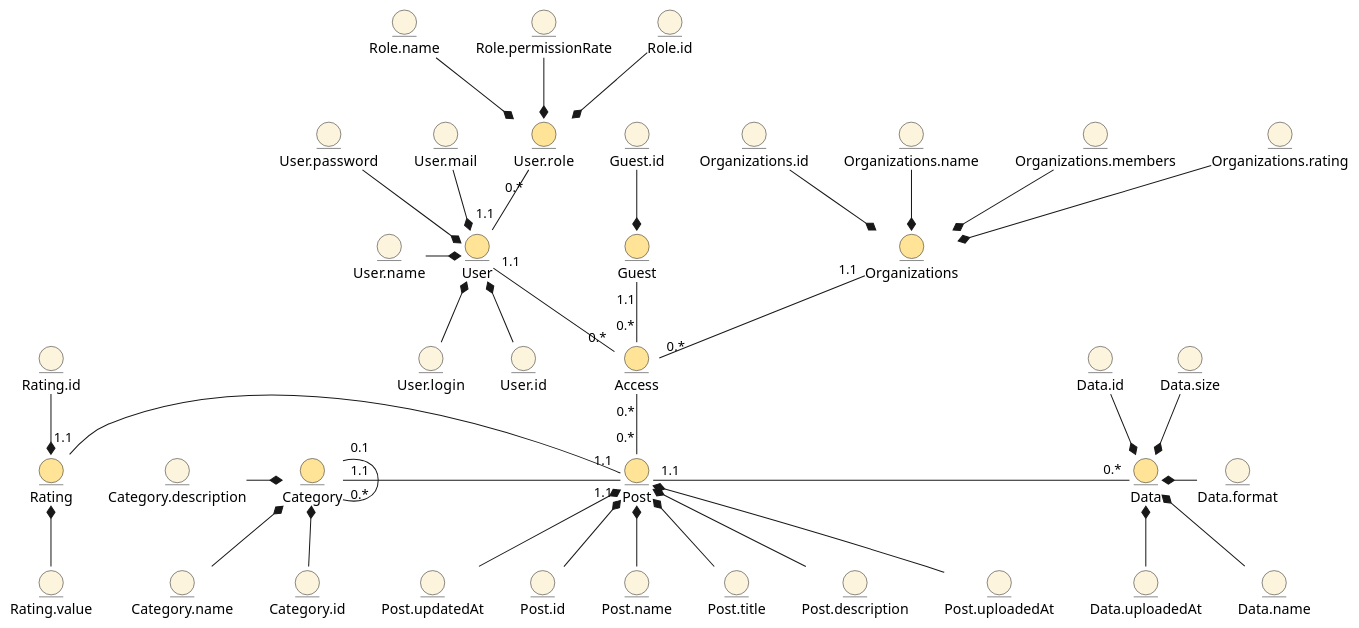
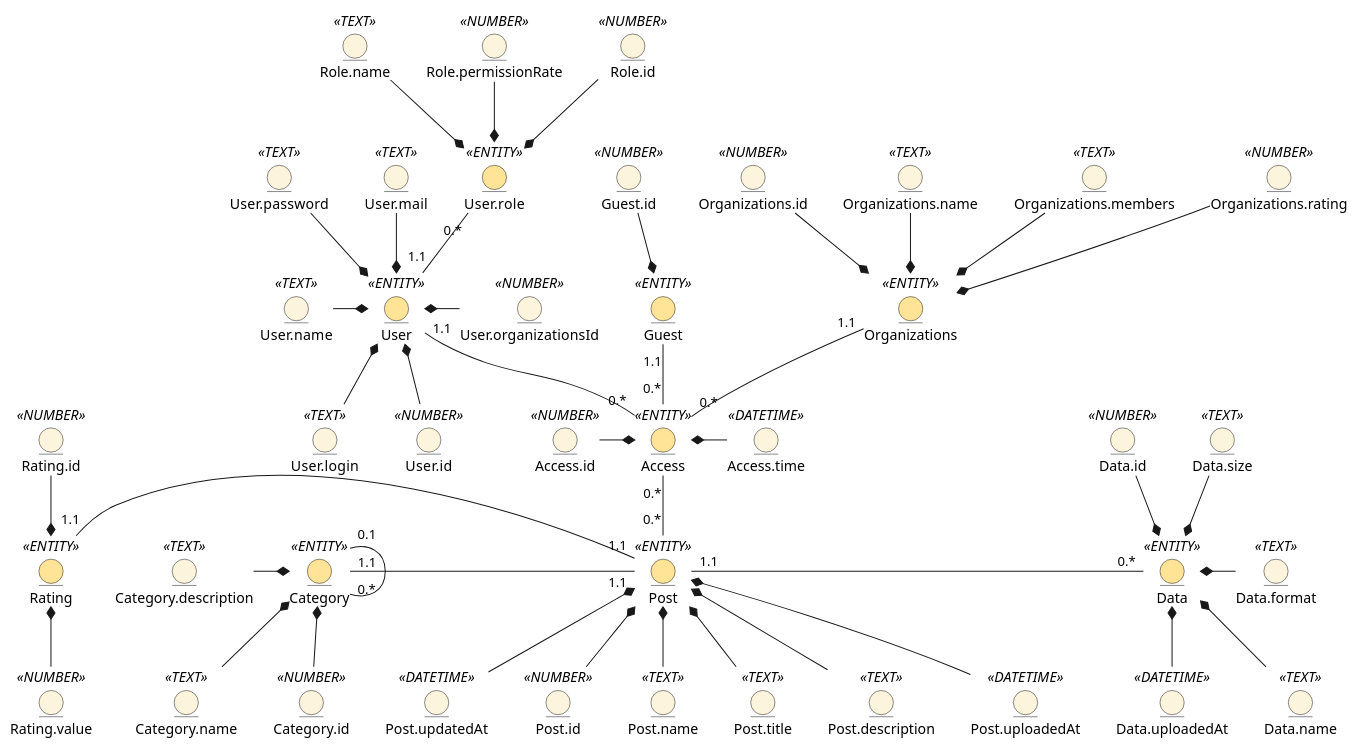
The first of 2 diagrams in docs/design/README.md (notnuff/edu_db_labs-IM-21), drawn with PlantUML before and after one commit.

Commit message:
Add text for objects and connections in busines model

```diff
--- a/docs/design/README.md
+++ b/docs/design/README.md
@@ -10,11 +10,12 @@
 @startuml
-entity User #ffe396
-entity User.password #fcf4dc
-entity User.mail #fcf4dc
-entity User.login #fcf4dc
-entity User.role #ffe396
-entity User.name #fcf4dc
-entity User.id #fcf4dc
+entity User <<ENTITY>> #ffe396
+entity User.password <<TEXT>> #fcf4dc
+entity User.mail <<TEXT>> #fcf4dc
+entity User.login <<TEXT>> #fcf4dc
+entity User.role <<ENTITY>> #ffe396
+entity User.name <<TEXT>> #fcf4dc
+entity User.id <<NUMBER>> #fcf4dc
+entity User.organizationsId <<NUMBER>> #fcf4dc
 
 User.password -d-* User
 User.mail -d-* User
@@ -22,44 +23,49 @@
 User.role "0.*"--"1.1" User
 User.name -r-* User
 User.id -u-* User
+User.organizationsId -l-* User
 
-entity Role.name #fcf4dc
-entity Role.permissionRate #fcf4dc
-entity Role.id #fcf4dc
+entity Role.name <<TEXT>> #fcf4dc
+entity Role.permissionRate <<NUMBER>> #fcf4dc
+entity Role.id <<NUMBER>> #fcf4dc
 
 Role.name -d-* User.role
 Role.permissionRate -d-* User.role
 Role.id -d-* User.role
 
-entity Guest #ffe396
-entity Guest.id #fcf4dc
+entity Guest <<ENTITY>> #ffe396
+entity Guest.id <<NUMBER>> #fcf4dc
 
 Guest.id -d-* Guest
 
-entity Organizations #ffe396
-entity Organizations.id #fcf4dc
-entity Organizations.name #fcf4dc
-entity Organizations.members #fcf4dc
-entity Organizations.rating #fcf4dc
+entity Organizations <<ENTITY>> #ffe396
+entity Organizations.id <<NUMBER>> #fcf4dc
+entity Organizations.name <<TEXT>> #fcf4dc
+entity Organizations.members <<TEXT>> #fcf4dc
+entity Organizations.rating <<NUMBER>> #fcf4dc
 
 Organizations.id -d-* Organizations
 Organizations.name -d-* Organizations
 Organizations.members -d-* Organizations
 Organizations.rating -d-* Organizations
 
-entity Access #ffe396
+entity Access <<ENTITY>> #ffe396
+entity Access.id <<NUMBER>> #fcf4dc
+entity Access.time <<DATETIME>> #fcf4dc
 
 User "1.1"-d-"0.*" Access
 Guest "1.1"-d-"0.*" Access
 Organizations "1.1"-d-"0.*" Access
+Access.id -r-* Access
+Access.time -l-* Access
 
-entity Post #ffe396
-entity Post.id #fcf4dc
-entity Post.name #fcf4dc
-entity Post.title #fcf4dc
-entity Post.description #fcf4dc
-entity Post.uploadedAt #fcf4dc
-entity Post.updatedAt #fcf4dc
+entity Post <<ENTITY>> #ffe396
+entity Post.id <<NUMBER>> #fcf4dc
+entity Post.name <<TEXT>> #fcf4dc
+entity Post.title <<TEXT>> #fcf4dc
+entity Post.description <<TEXT>> #fcf4dc
+entity Post.uploadedAt <<DATETIME>> #fcf4dc
+entity Post.updatedAt <<DATETIME>> #fcf4dc
 
 Access "0.*"-d-"0.*" Post
 
@@ -70,12 +76,12 @@
 Post.uploadedAt -u-* Post
 Post.updatedAt -u-* Post
 
-entity Data #ffe396
-entity Data.id #fcf4dc
-entity Data.name #fcf4dc
-entity Data.format #fcf4dc
-entity Data.size #fcf4dc
-entity Data.uploadedAt #fcf4dc
+entity Data <<ENTITY>> #ffe396
+entity Data.id <<NUMBER>> #fcf4dc
+entity Data.name <<TEXT>> #fcf4dc
+entity Data.format <<TEXT>> #fcf4dc
+entity Data.size <<TEXT>> #fcf4dc
+entity Data.uploadedAt <<DATETIME>> #fcf4dc
 
 Data "0.*"-l-"1.1" Post
 Data.id -d-* Data
@@ -84,10 +90,10 @@
 Data.size -d-* Data
 Data.uploadedAt -u-* Data
 
-entity Category #ffe396
-entity Category.id #fcf4dc
-entity Category.name #fcf4dc
-entity Category.description #fcf4dc
+entity Category <<ENTITY>> #ffe396
+entity Category.id <<NUMBER>> #fcf4dc
+entity Category.name <<TEXT>> #fcf4dc
+entity Category.description <<TEXT>> #fcf4dc
 
 Category "0.1"--"0.*" Category
 Category "1.1"-r-"1.1" Post
@@ -95,9 +101,9 @@
 Category.id -u-* Category
 Category.description -r-* Category
 
-entity Rating #ffe396
-entity Rating.id #fcf4dc
-entity Rating.value #fcf4dc
+entity Rating <<ENTITY>> #ffe396
+entity Rating.id <<NUMBER>> #fcf4dc
+entity Rating.value <<NUMBER>> #fcf4dc
 
 Rating "1.1"-r-"1.1" Post
 Rating.value -u-* Rating
```
